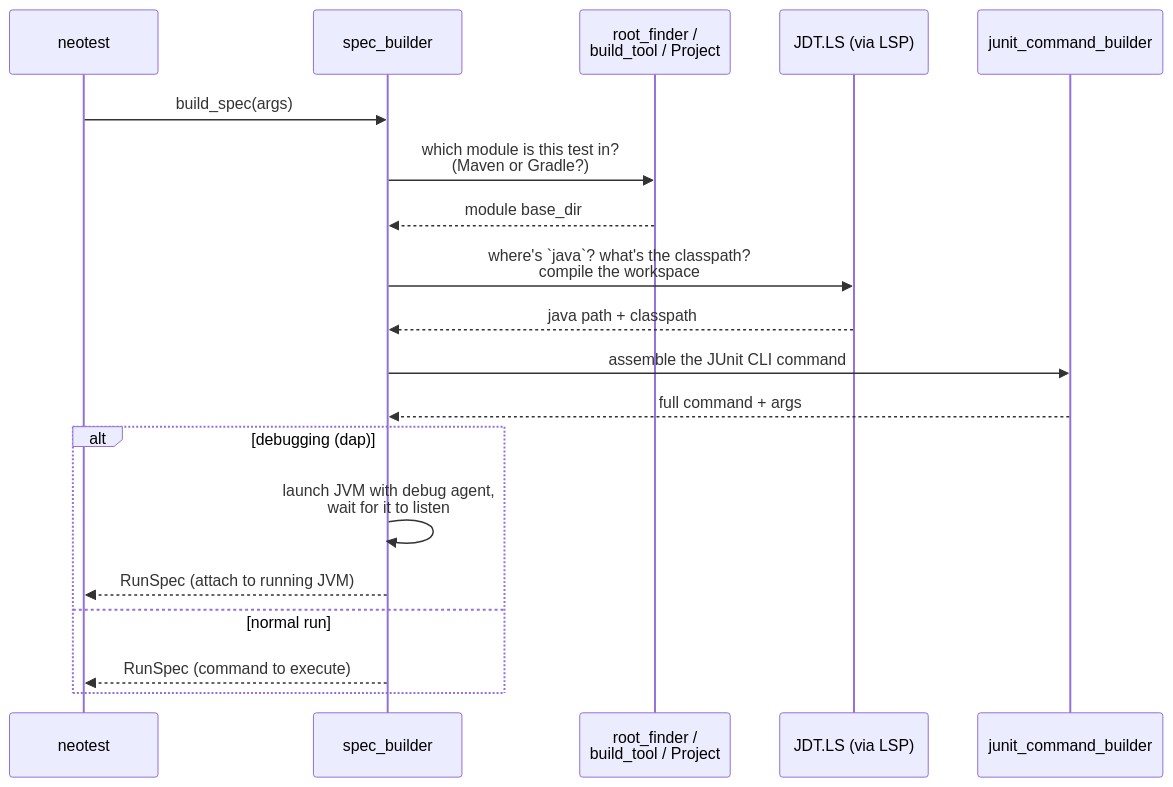
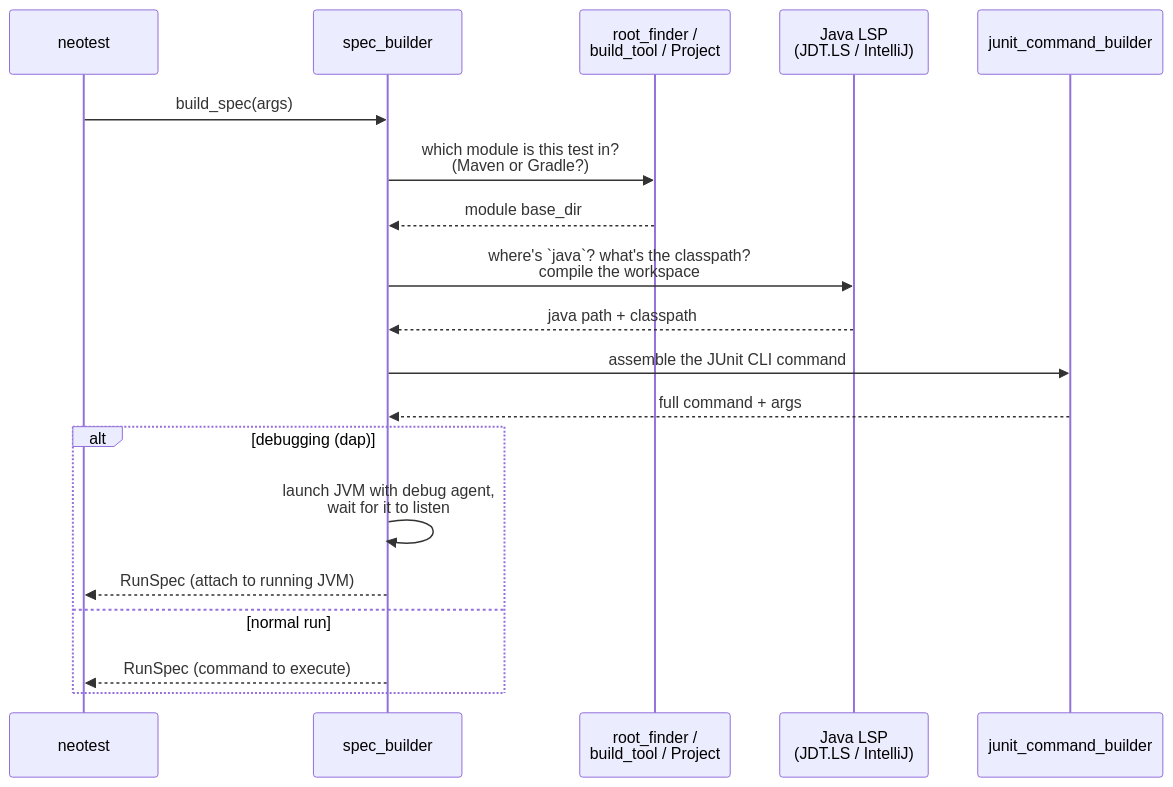
One commit to rcasia/neotest-java changed the second of 5 diagrams in ARCHITECTURE.md. Above: the diagram before and after it, drawn with Mermaid. The commit also changed other lines of this file, not shown here.

Commit message:
docs: update ARCHITECTURE.md for IntelliJ LSP support

````diff
--- a/ARCHITECTURE.md
+++ b/ARCHITECTURE.md
@@ -81,22 +81,22 @@
 ```mermaid
 sequenceDiagram
     participant neotest
     participant sb as spec_builder
     participant proj as root_finder /<br/>build_tool / Project
-    participant lsp as JDT.LS (via LSP)
+    participant lsp as Java LSP<br/>(JDT.LS / IntelliJ)
     participant cb as junit_command_builder
 
     neotest->>sb: build_spec(args)
     sb->>proj: which module is this test in?<br/>(Maven or Gradle?)
     proj-->>sb: module base_dir
     sb->>lsp: where's `java`? what's the classpath?<br/>compile the workspace
     lsp-->>sb: java path + classpath
     sb->>cb: assemble the JUnit CLI command
     cb-->>sb: full command + args
     alt debugging (dap)
         sb->>sb: launch JVM with debug agent,<br/>wait for it to listen
         sb-->>neotest: RunSpec (attach to running JVM)
     else normal run
         sb-->>neotest: RunSpec (command to execute)
     end
 ```
````
